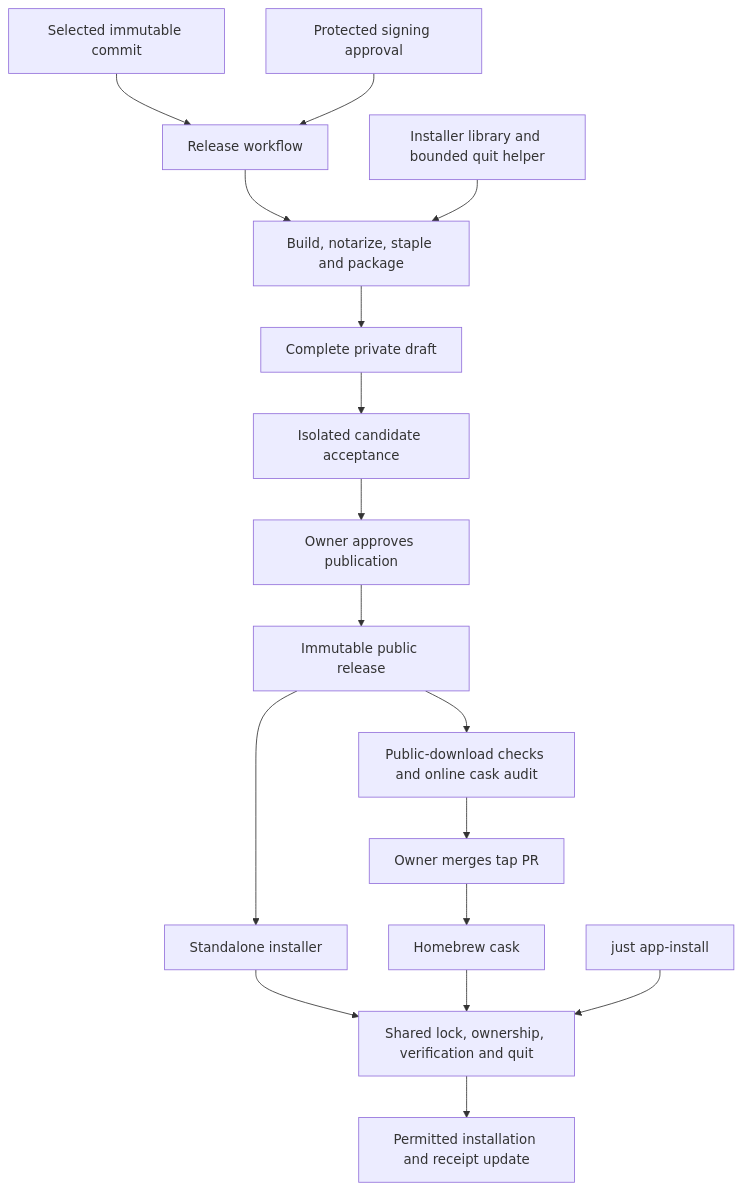
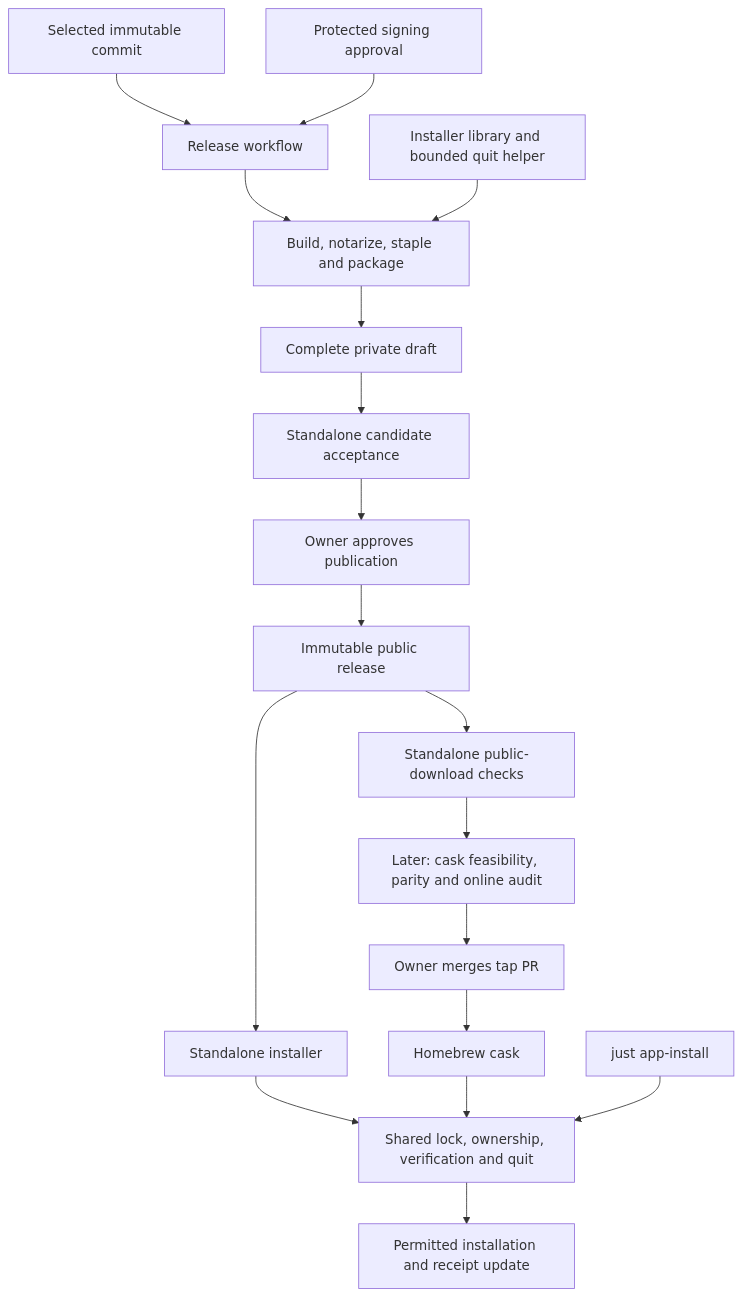
One commit to pipecat-ai/pipecat-service-toolbar changed the first of 2 diagrams in docs/plans/20261117-feature-app-distribution.md. Above: the diagram before and after it, drawn with Mermaid. The commit also changed other lines of this file and 2 other files, not shown here.

Commit message:
docs: prioritize standalone installation and updates

````diff
--- a/docs/plans/20261117-feature-app-distribution.md
+++ b/docs/plans/20261117-feature-app-distribution.md
@@ -287,19 +303,20 @@
 ```mermaid
 graph TD
     Commit["Selected immutable commit"] --> Workflow["Release workflow"]
     Approval["Protected signing approval"] --> Workflow
     Workflow --> Package["Build, notarize, staple and package"]
     Helpers["Installer library and bounded quit helper"] --> Package
     Package --> Draft["Complete private draft"]
-    Draft --> Candidate["Isolated candidate acceptance"]
+    Draft --> Candidate["Standalone candidate acceptance"]
     Candidate --> Owner["Owner approves publication"]
     Owner --> Release["Immutable public release"]
     Release --> CLI["Standalone installer"]
-    Release --> Public["Public-download checks and online cask audit"]
-    Public --> Tap["Owner merges tap PR"]
+    Release --> Public["Standalone public-download checks"]
+    Public --> BrewCheck["Later: cask feasibility, parity and online audit"]
+    BrewCheck --> Tap["Owner merges tap PR"]
     Tap --> Cask["Homebrew cask"]
     CLI --> Guard["Shared lock, ownership, verification and quit"]
     Cask --> Guard
     Dev["just app-install"] --> Guard
     Guard --> Install["Permitted installation and receipt update"]
 ```
````
